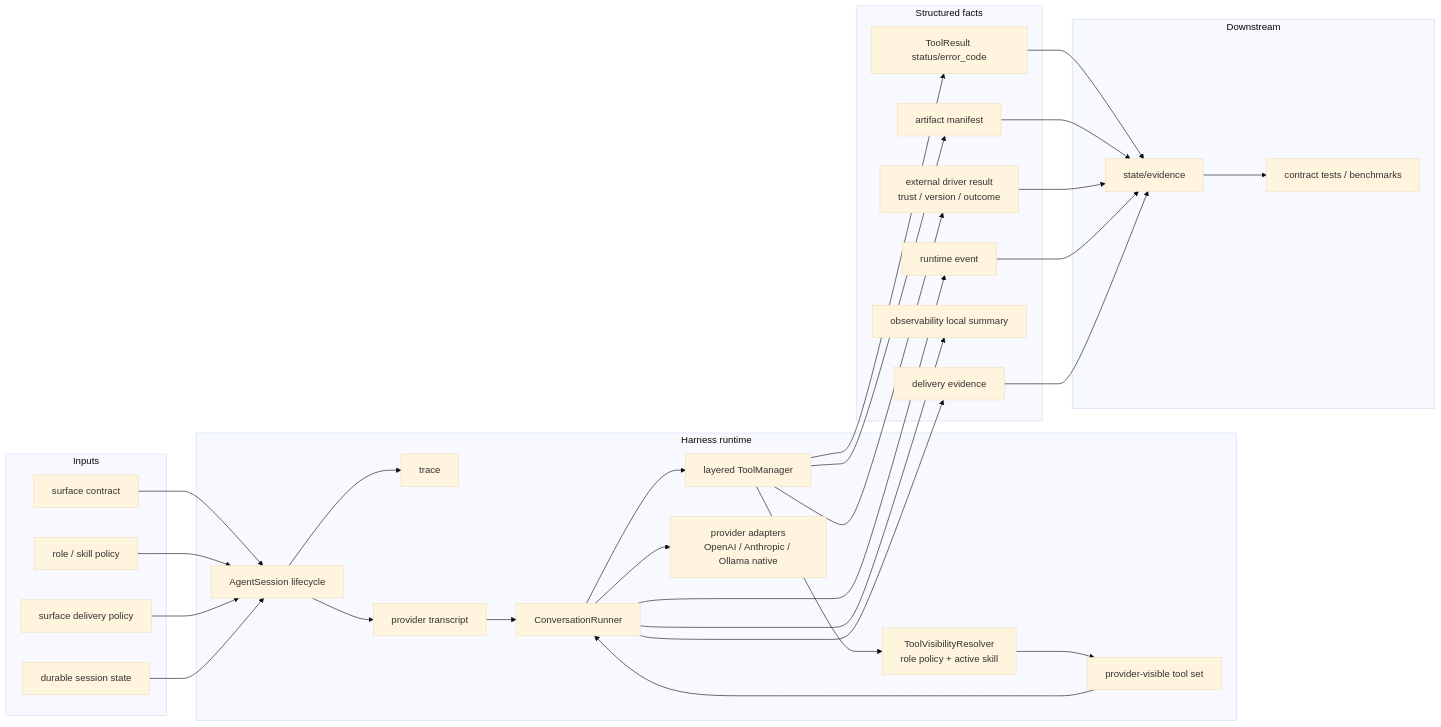
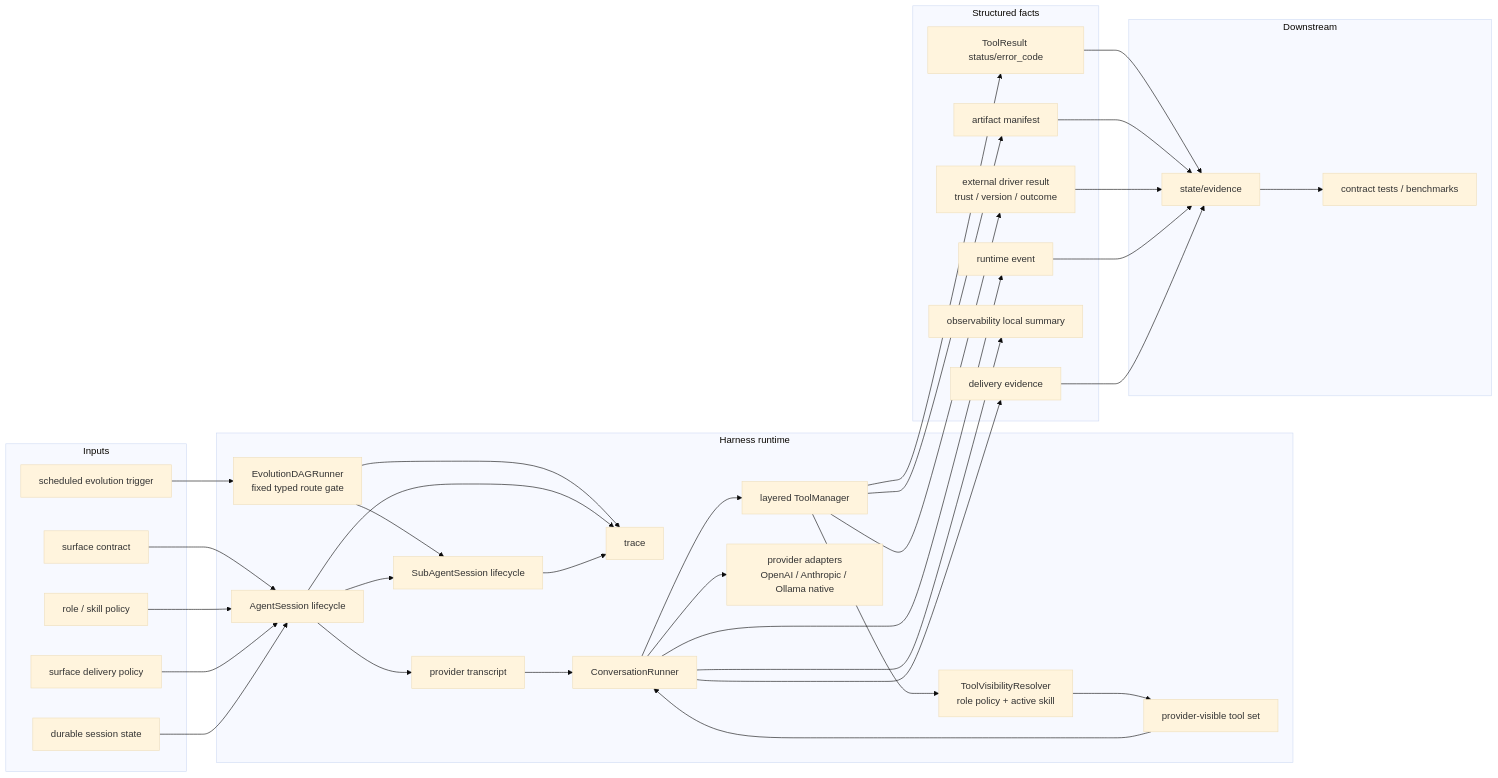
The second of 2 diagrams in docs/agent-runtime/SPEC.md (fightheyyy/XiaoBa-CLI), drawn with Mermaid (base theme) before and after one commit. The commit also changed other lines of this file and 103 other files, not shown here.

````diff
--- a/docs/agent-runtime/SPEC.md
+++ b/docs/agent-runtime/SPEC.md
@@ -105,59 +116,67 @@
 ```mermaid
 flowchart LR
     subgraph Inputs["Inputs"]
         Surface["surface contract"]
         Policy["role / skill policy"]
         SurfacePolicy["surface delivery policy"]
         Durable["durable session state"]
+        Scheduled["scheduled evolution trigger"]
     end
 
     subgraph Harness["Harness runtime"]
         Session["AgentSession lifecycle"]
+        Subagent["SubAgentSession lifecycle"]
         Trace["trace"]
         Transcript["provider transcript"]
         Runner["ConversationRunner"]
         Tools["layered ToolManager"]
         Resolver["ToolVisibilityResolver<br/>role policy + active skill"]
         VisibleTools["provider-visible tool set"]
         Providers["provider adapters<br/>OpenAI / Anthropic / Ollama native"]
+        EvolutionDAG["EvolutionDAGRunner<br/>fixed typed route gate"]
     end
 
     subgraph Facts["Structured facts"]
         ToolResult["ToolResult status/error_code"]
         Delivery["delivery evidence"]
         RuntimeEvent["runtime event"]
         Artifact["artifact manifest"]
         LocalSummary["observability local summary"]
         DriverResult["external driver result<br/>trust / version / outcome"]
     end
 
     subgraph Downstream["Downstream"]
         Evidence["state/evidence"]
         Gates["contract tests / benchmarks"]
     end
 
     Surface --> Session
     Policy --> Session
     SurfacePolicy --> Session
     Durable --> Session
+    Scheduled --> EvolutionDAG
+    EvolutionDAG --> Subagent
+    EvolutionDAG --> Trace
     Session --> Trace
+    Session --> Subagent
+    Subagent --> Trace
     Session --> Transcript
     Transcript --> Runner
     Runner --> Providers
     Runner --> Tools
     Tools --> Resolver
     Resolver --> VisibleTools
     VisibleTools --> Runner
     Tools --> ToolResult
     Tools --> Artifact
     Tools --> DriverResult
     Runner --> RuntimeEvent
     Runner --> Delivery
     Runner --> LocalSummary
     ToolResult --> Evidence
     Artifact --> Evidence
     DriverResult --> Evidence
     RuntimeEvent --> Evidence
     Delivery --> Evidence
     Evidence --> Gates
 ```
````
